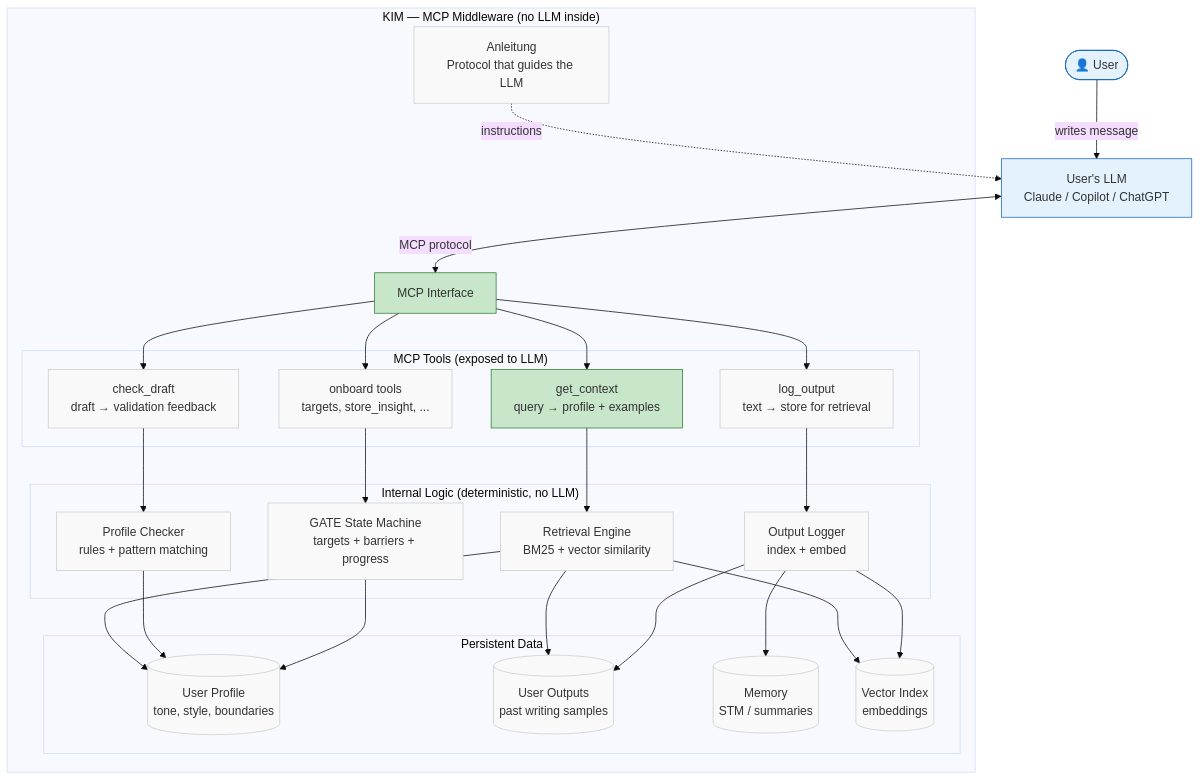
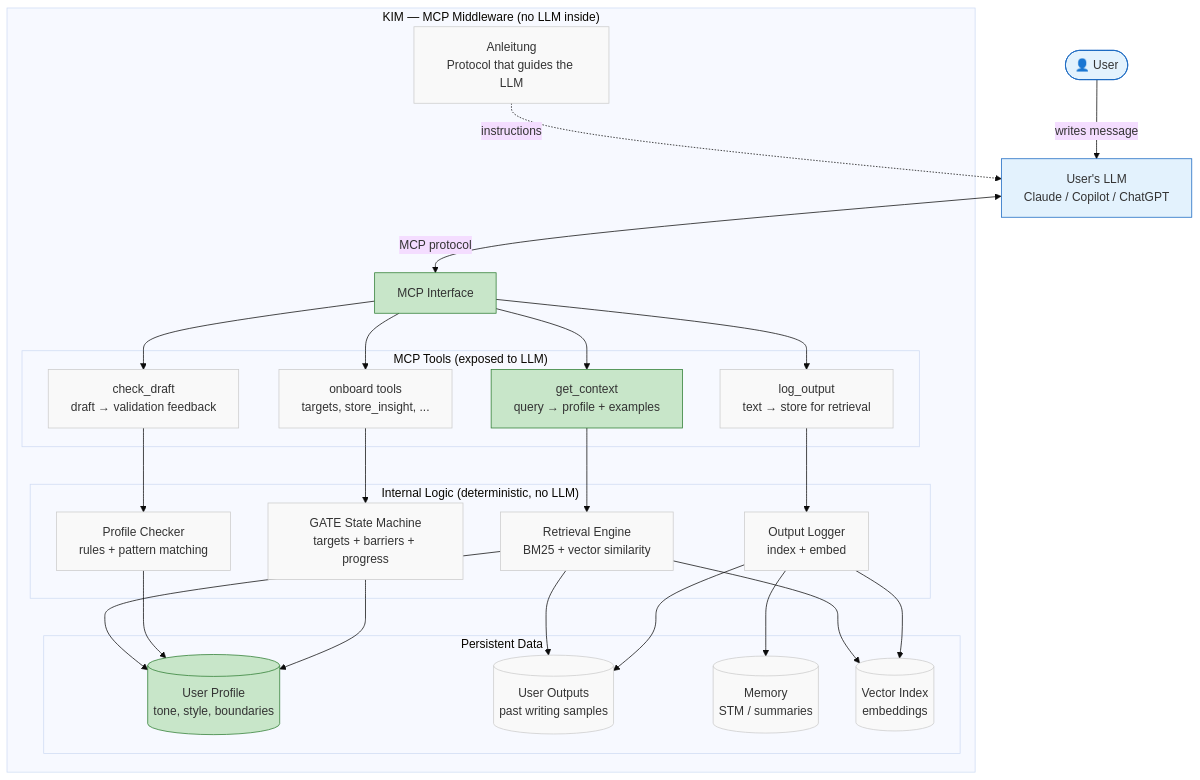
Before and after one commit to JuanWiegmann/IRIS: the first of 7 diagrams in ARCHITECTURE.md, drawn with Mermaid (base theme). The commit also changed other lines of this file and 7 other files, not shown here.

```diff
--- a/ARCHITECTURE.md
+++ b/ARCHITECTURE.md
@@ -86,8 +86,8 @@
     style L_gate fill:#f9f9f9,stroke:#ccc
     style L_log fill:#f9f9f9,stroke:#ccc
 
-    %% Data — Segment 2 (planned next)
-    style D_prof fill:#f9f9f9,stroke:#ccc
+    %% Data — Segment 2 (profile built, outputs/memory/vectors planned)
+    style D_prof fill:#C8E6C9,stroke:#2E7D32
     style D_out fill:#f9f9f9,stroke:#ccc
     style D_mem fill:#f9f9f9,stroke:#ccc
     style D_vec fill:#f9f9f9,stroke:#ccc
```
